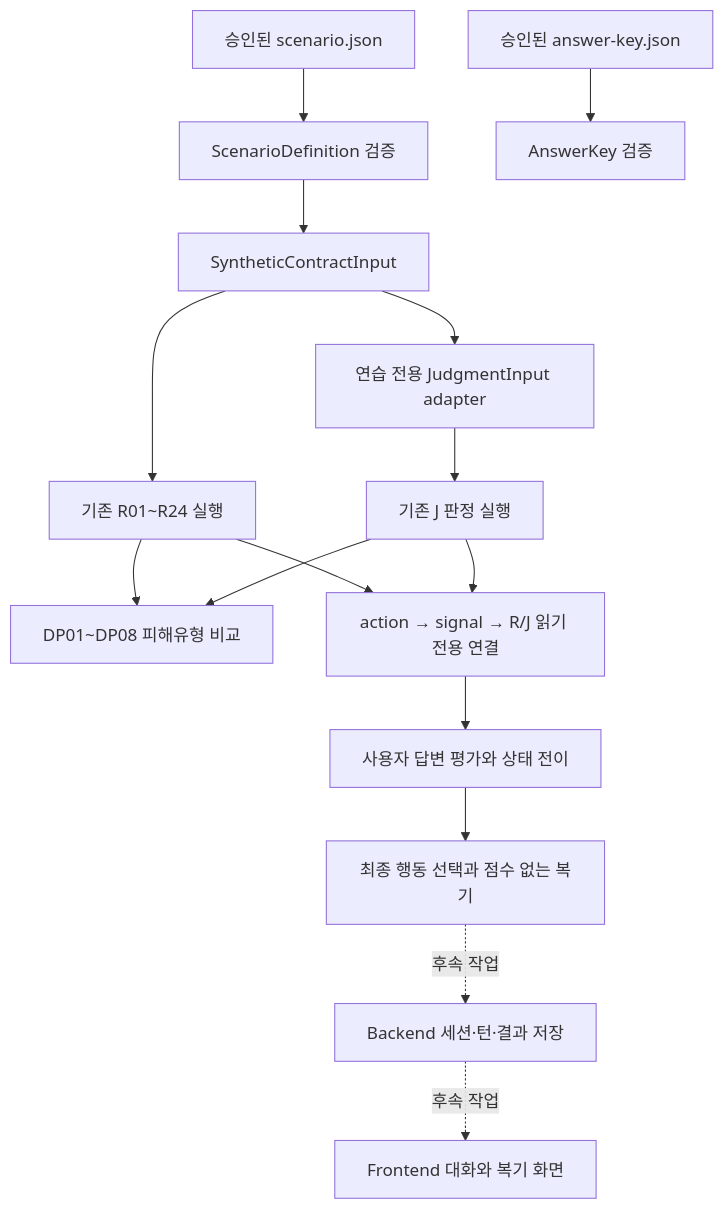
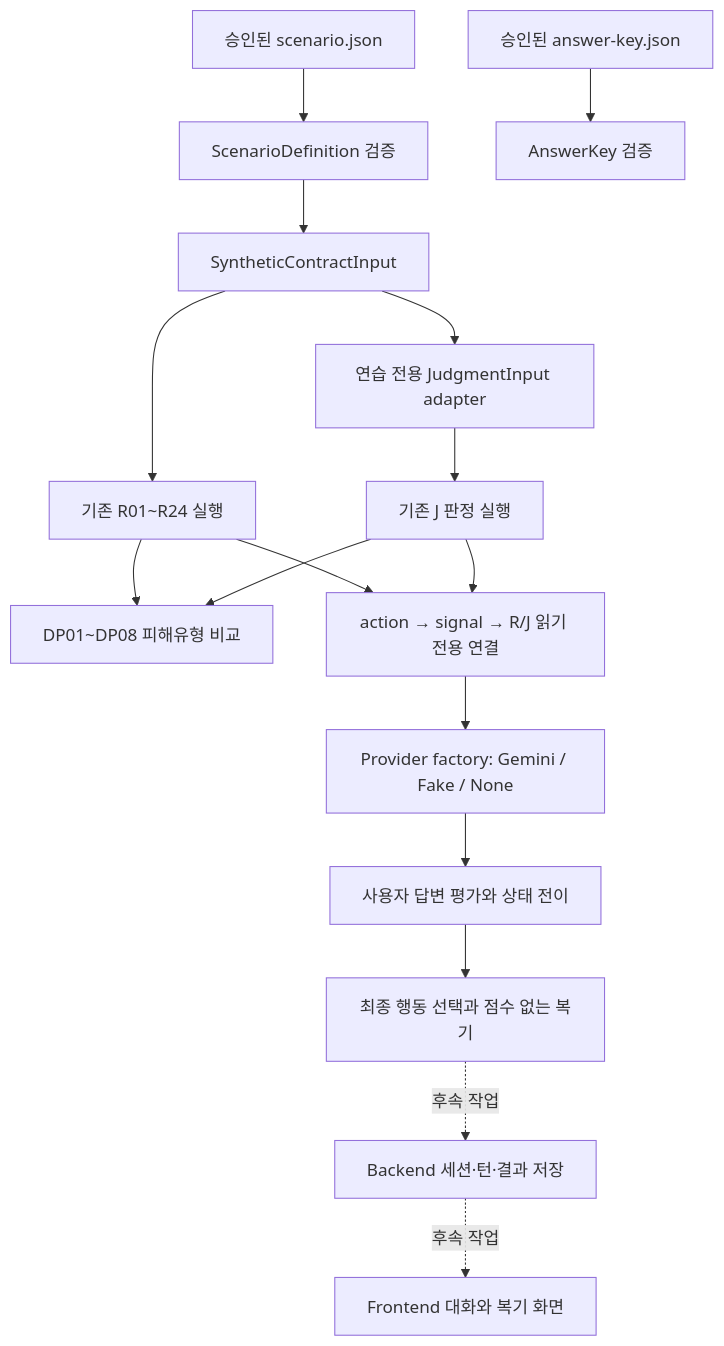
Before and after one commit to coding-jhj/Lease-Companion: the diagram in docs/planning/practice-simulation-work-guide.md, drawn with Mermaid. The commit also changed other lines of this file and 6 other files, not shown here.

Commit message:
feat(simulation): add Gemini practice provider

````diff
--- a/docs/planning/practice-simulation-work-guide.md
+++ b/docs/planning/practice-simulation-work-guide.md
@@ -51,17 +51,18 @@
 ```mermaid
 flowchart TD
     A[승인된 scenario.json] --> B[ScenarioDefinition 검증]
     C[승인된 answer-key.json] --> D[AnswerKey 검증]
     B --> E[SyntheticContractInput]
     E --> F[기존 R01~R24 실행]
     E --> G[연습 전용 JudgmentInput adapter]
     G --> H[기존 J 판정 실행]
     F --> I[DP01~DP08 피해유형 비교]
     H --> I
     F --> J[action → signal → R/J 읽기 전용 연결]
     H --> J
-    J --> K[사용자 답변 평가와 상태 전이]
+    J --> P[Provider factory: Gemini / Fake / None]
+    P --> K[사용자 답변 평가와 상태 전이]
     K --> N[최종 행동 선택과 점수 없는 복기]
     N -. 후속 작업 .-> L[Backend 세션·턴·결과 저장]
     L -. 후속 작업 .-> M[Frontend 대화와 복기 화면]
 ```
````
